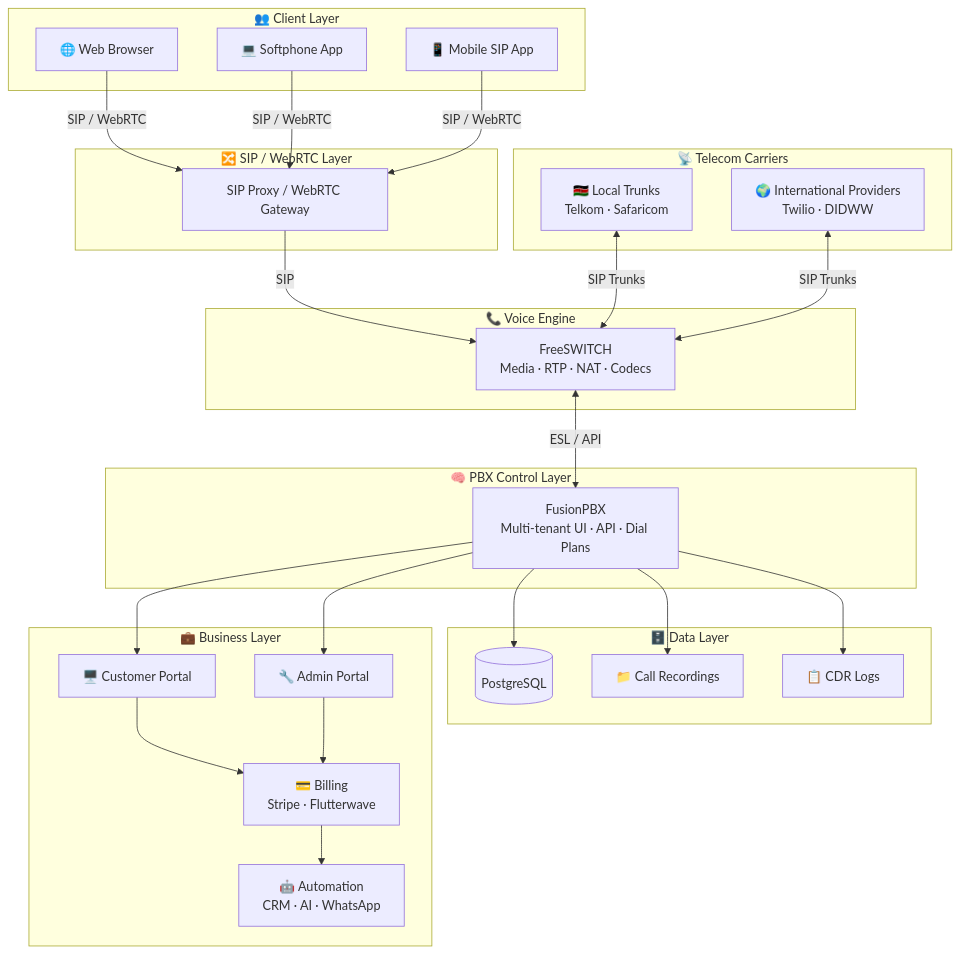
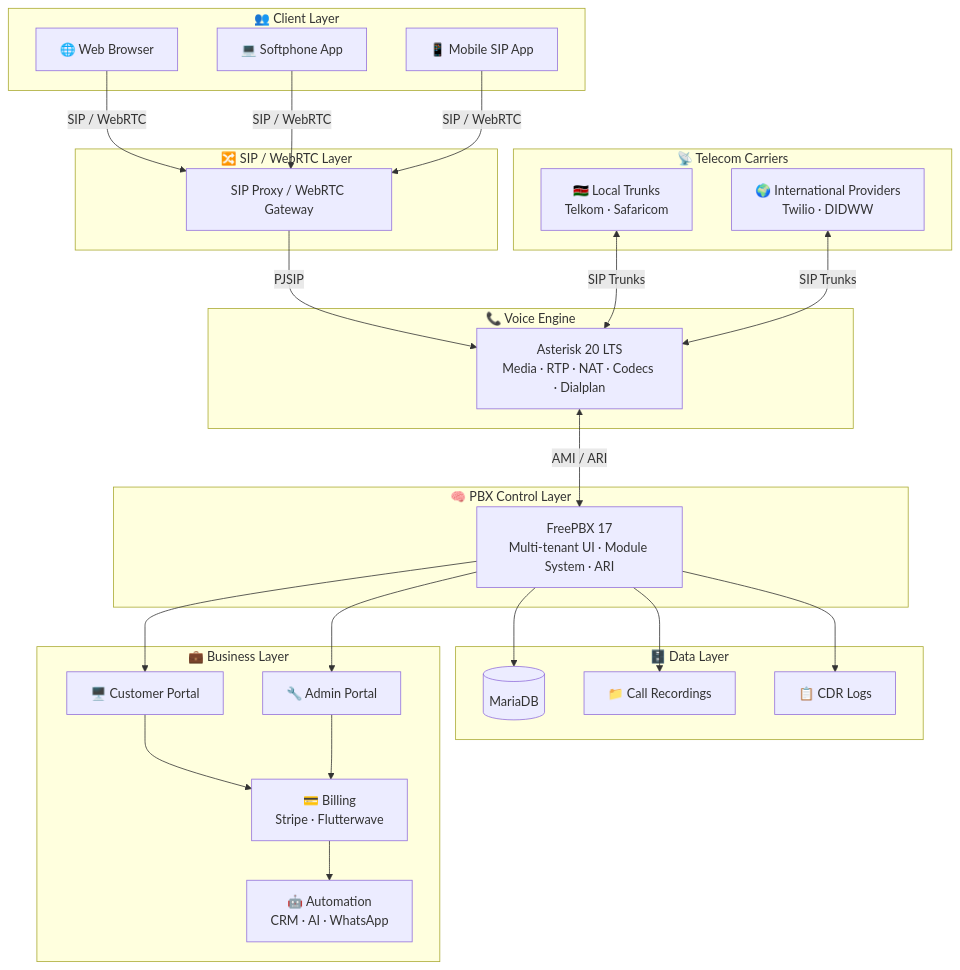
The diagram in README.md (gilbert-mutai/Angani-PBX), drawn with Mermaid before and after one commit. The commit also changed other lines of this file and 1 other file, not shown here.

First line of the commit message:
Switch stack from FreeSWITCH/FusionPBX to Asterisk/FreePBX

````diff
--- a/README.md
+++ b/README.md
@@ -11,47 +13,47 @@
 ```mermaid
 flowchart TD
     subgraph Clients["👥 Client Layer"]
         A[🌐 Web Browser]
         B[💻 Softphone App]
         C[📱 Mobile SIP App]
     end
 
     subgraph SIPLayer["🔀 SIP / WebRTC Layer"]
         D[SIP Proxy / WebRTC Gateway]
     end
 
     subgraph Carriers["📡 Telecom Carriers"]
         N[🇰🇪 Local Trunks\nTelkom · Safaricom]
         O[🌍 International Providers\nTwilio · DIDWW]
     end
 
     subgraph Voice["📞 Voice Engine"]
-        E[FreeSWITCH\nMedia · RTP · NAT · Codecs]
+        E[Asterisk 20 LTS\nMedia · RTP · NAT · Codecs · Dialplan]
     end
 
     subgraph Control["🧠 PBX Control Layer"]
-        F[FusionPBX\nMulti-tenant UI · API · Dial Plans]
+        F[FreePBX 17\nMulti-tenant UI · Module System · ARI]
     end
 
     subgraph Data["🗄️ Data Layer"]
-        G[(PostgreSQL)]
+        G[(MariaDB)]
         H[📁 Call Recordings]
         I[📋 CDR Logs]
     end
 
     subgraph Business["💼 Business Layer"]
         J[🖥️ Customer Portal]
         K[🔧 Admin Portal]
         L[💳 Billing\nStripe · Flutterwave]
         M[🤖 Automation\nCRM · AI · WhatsApp]
     end
 
     A & B & C -->|SIP / WebRTC| D
-    D -->|SIP| E
+    D -->|PJSIP| E
     N & O <-->|SIP Trunks| E
-    E <-->|ESL / API| F
+    E <-->|AMI / ARI| F
     F --> G & H & I
     F --> J & K
     J & K --> L
     L --> M
 ```
````
